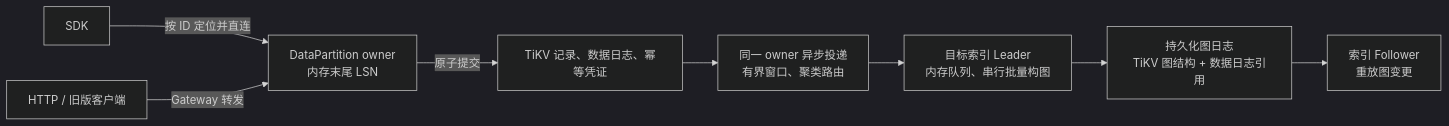
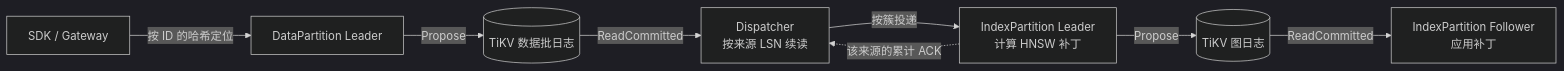
One commit to youyou-myheart/vecdb changed the diagram in CLUSTER_ROUTING.md. Above: the diagram before and after it, drawn with Mermaid (dark theme). The commit also changed other lines of this file and 83 other files, not shown here.

First line of the commit message:
Unify data and index shard logs with lease-backed single-key TiKV appends

````diff
--- a/CLUSTER_ROUTING.md
+++ b/CLUSTER_ROUTING.md
@@ -7,10 +7,10 @@
 ```mermaid
 flowchart LR
-    SDK["SDK"] -->|按 ID 定位并直连| W["DataPartition owner<br/>内存末尾 LSN"]
-    GW["HTTP / 旧版客户端"] -->|Gateway 转发| W
-    W -->|原子提交| D["TiKV 记录、数据日志、幂等凭证"]
-    D --> P["同一 owner 异步投递<br/>有界窗口、聚类路由"]
-    P --> I["目标索引 Leader<br/>内存队列、串行批量构图"]
-    I --> G["持久化图日志<br/>TiKV 图结构 + 数据日志引用"]
-    G --> F["索引 Follower<br/>重放图变更"]
+    C["SDK / Gateway"] -->|按 ID 的哈希定位| D["DataPartition Leader"]
+    D -->|Propose| WAL[("TiKV 数据批日志")]
+    WAL -->|ReadCommitted| P["Dispatcher<br/>按来源 LSN 续读"]
+    P -->|按簇投递| I["IndexPartition Leader<br/>计算 HNSW 补丁"]
+    I -->|Propose| G[("TiKV 图日志")]
+    G -->|ReadCommitted| F["IndexPartition Follower<br/>应用补丁"]
+    I -.->|该来源的累计 ACK| P
 ```
````
